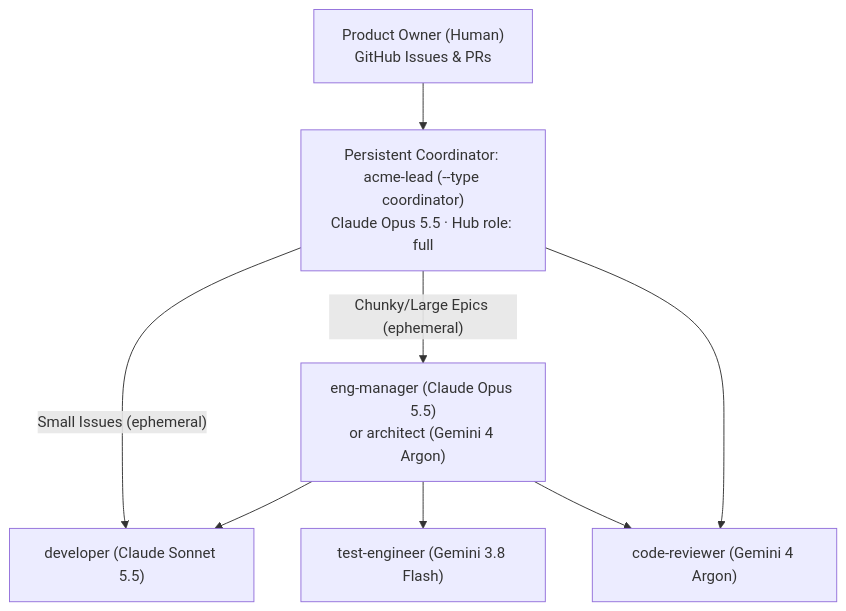
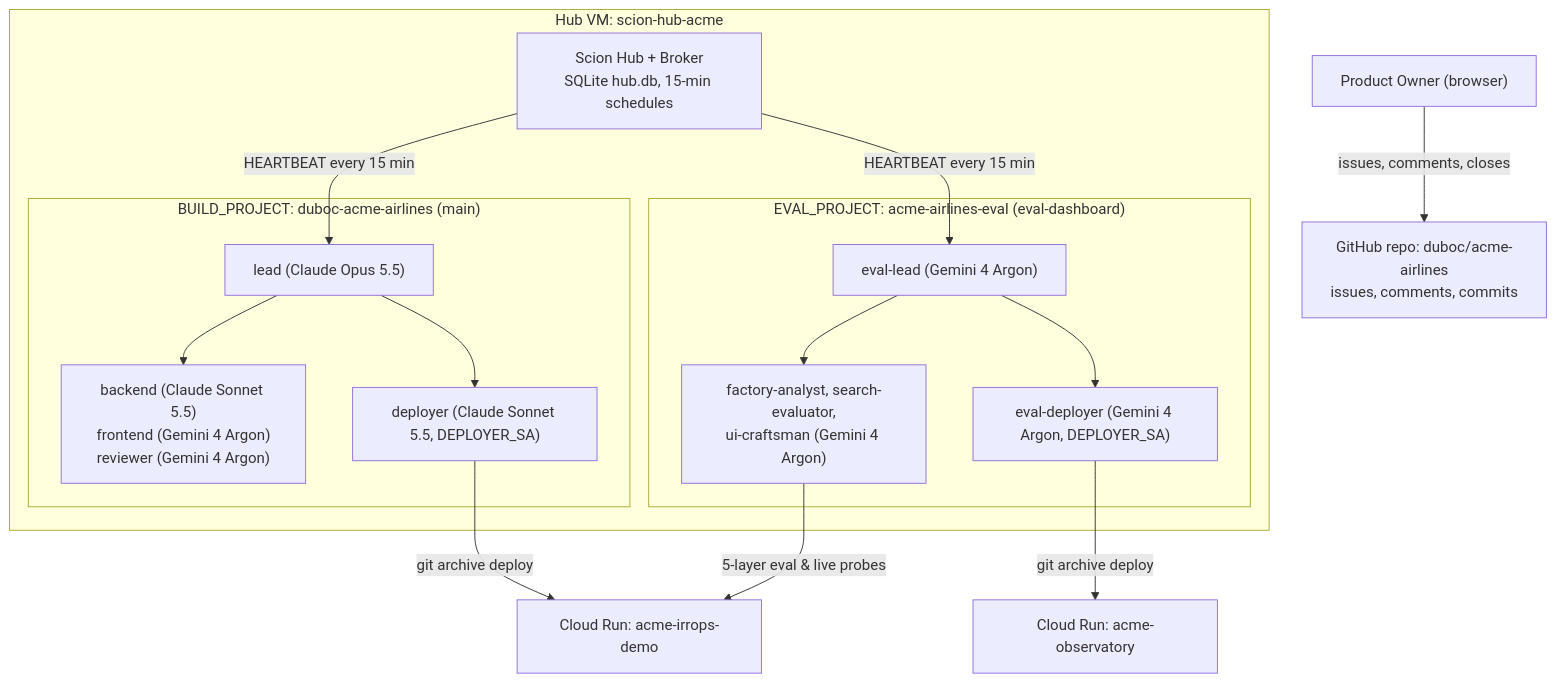
One commit to duboc/acme-airlines changed the first of 2 diagrams in docs/scion/02-agents-and-heartbeat.md. Above: the diagram before and after it, drawn with Mermaid. The commit also changed other lines of this file and 186 other files, not shown here.

Commit message:
feat(scion): adopt scion-experiment 2-project (build + eval), 10-agent, and 15-min heartbeat architecture

````diff
--- a/docs/scion/02-agents-and-heartbeat.md
+++ b/docs/scion/02-agents-and-heartbeat.md
@@ -41,10 +9,22 @@
 ```mermaid
-flowchart TD
-    PO["Product Owner (Human)\nGitHub Issues & PRs"] --> LEAD["Persistent Coordinator: acme-lead (--type coordinator)\nClaude Opus 5.5 · Hub role: full"]
-    LEAD -->|"Chunky/Large Epics (ephemeral)"| EM["eng-manager (Claude Opus 5.5)\nor architect (Gemini 4 Argon)"]
-    LEAD -->|"Small Issues (ephemeral)"| DEV["developer (Claude Sonnet 5.5)"]
-    EM --> DEV
-    EM --> TEST["test-engineer (Gemini 3.8 Flash)"]
-    EM --> REV["code-reviewer (Gemini 4 Argon)"]
-    LEAD --> REV
+flowchart TB
+    PO["Product Owner (browser)"]
+    GH["GitHub repo: duboc/acme-airlines<br/>issues, comments, commits"]
+    subgraph VM["Hub VM: scion-hub-acme"]
+        HUB["Scion Hub + Broker<br/>SQLite hub.db, 15-min schedules"]
+        subgraph BUILD["BUILD_PROJECT: duboc-acme-airlines (main)"]
+            LEAD["lead (Claude Opus 5.5)"] --> WORKERS["backend (Claude Sonnet 5.5)<br/>frontend (Gemini 4 Argon)<br/>reviewer (Gemini 4 Argon)"]
+            LEAD --> DEP["deployer (Claude Sonnet 5.5, DEPLOYER_SA)"]
+        end
+        subgraph EVAL["EVAL_PROJECT: acme-airlines-eval (eval-dashboard)"]
+            ELEAD["eval-lead (Gemini 4 Argon)"] --> SPEC["factory-analyst, search-evaluator,<br/>ui-craftsman (Gemini 4 Argon)"]
+            ELEAD --> EDEP["eval-deployer (Gemini 4 Argon, DEPLOYER_SA)"]
+        end
+        HUB -->|"HEARTBEAT every 15 min"| LEAD
+        HUB -->|"HEARTBEAT every 15 min"| ELEAD
+    end
+    PO -->|"issues, comments, closes"| GH
+    DEP -->|"git archive deploy"| DEMO["Cloud Run: acme-irrops-demo"]
+    EDEP -->|"git archive deploy"| OBS["Cloud Run: acme-observatory"]
+    SPEC -->|"5-layer eval & live probes"| DEMO
 ```
````
